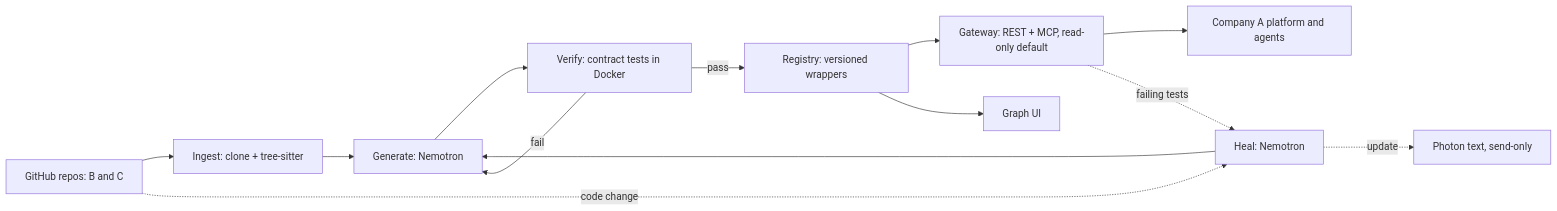
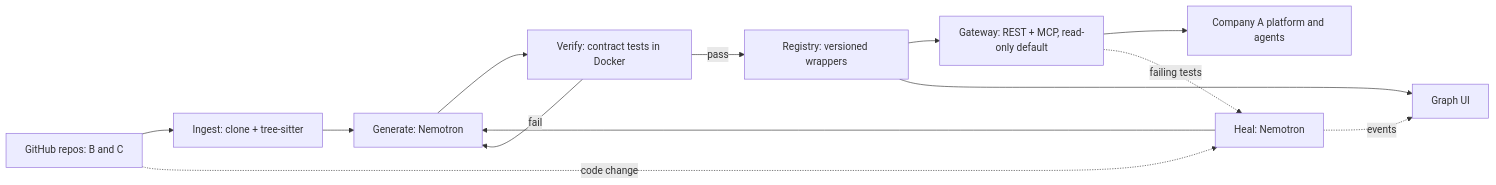
The diagram in docs/prd.md (jaiom-rola-sp/REPLIC8), drawn with Mermaid before and after one commit. The commit also changed other lines of this file and 43 other files, not shown here.

````diff
--- a/docs/prd.md
+++ b/docs/prd.md
@@ -86,15 +88,15 @@
 ```mermaid
 flowchart LR
   GH[GitHub repos: B and C] --> ING[Ingest: clone + tree-sitter]
   ING --> GEN[Generate: Nemotron]
   GEN --> VER[Verify: contract tests in Docker]
   VER -->|pass| REG[Registry: versioned wrappers]
   VER -->|fail| GEN
   REG --> GW[Gateway: REST + MCP, read-only default]
   GW --> A[Company A platform and agents]
   REG --> UI[Graph UI]
   GH -. code change .-> HEAL[Heal: Nemotron]
   GW -. failing tests .-> HEAL
   HEAL --> GEN
-  HEAL -. update .-> PH[Photon text, send-only]
+  HEAL -. events .-> UI
 ```
````
